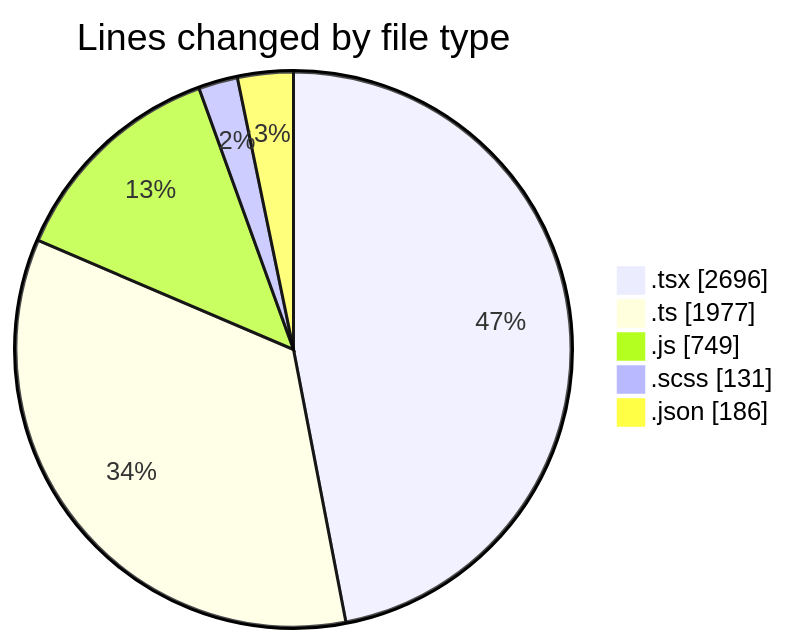
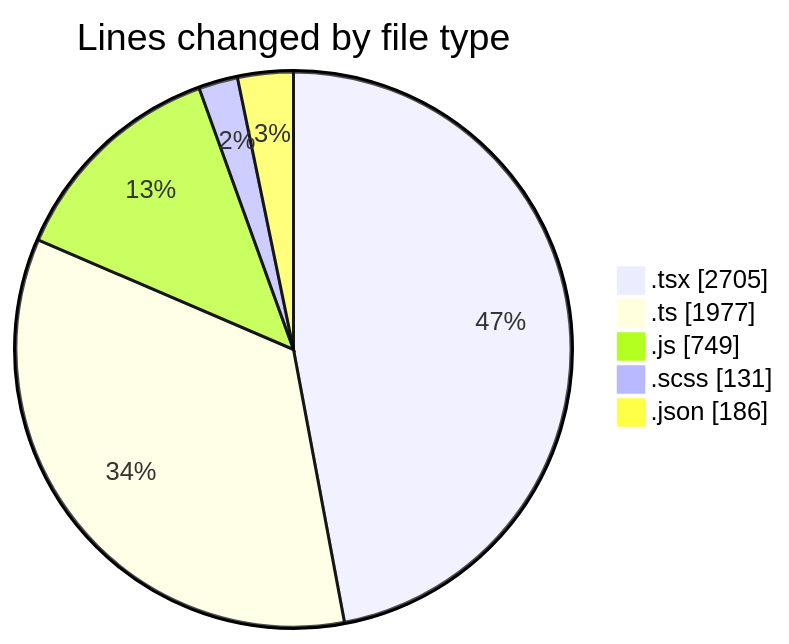
The first of 2 diagrams in 2026-06-11/cda/README.md (momahboobian/code-tracking), drawn with Mermaid before and after one commit. The commit also changed other lines of this file and 1 other file, not shown here.

````diff
--- a/2026-06-11/cda/README.md
+++ b/2026-06-11/cda/README.md
@@ -54,9 +54,9 @@
 ```mermaid
 pie showData
 title Lines changed by file type
-".tsx" : 2696
+".tsx" : 2705
 ".ts" : 1977
 ".js" : 749
 ".scss" : 131
 ".json" : 186
 ```
````
